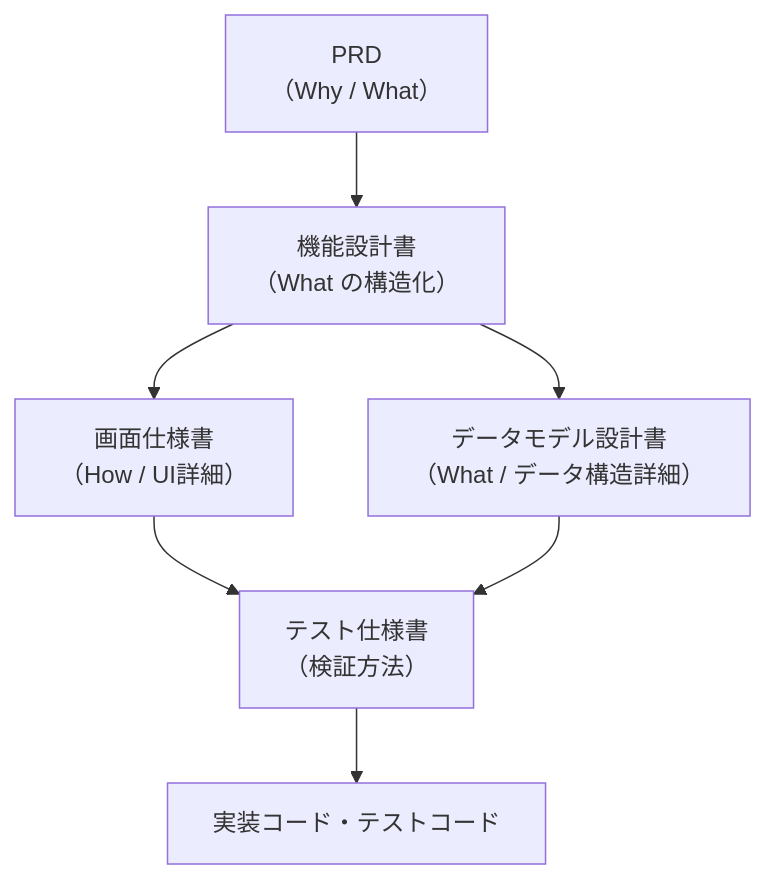
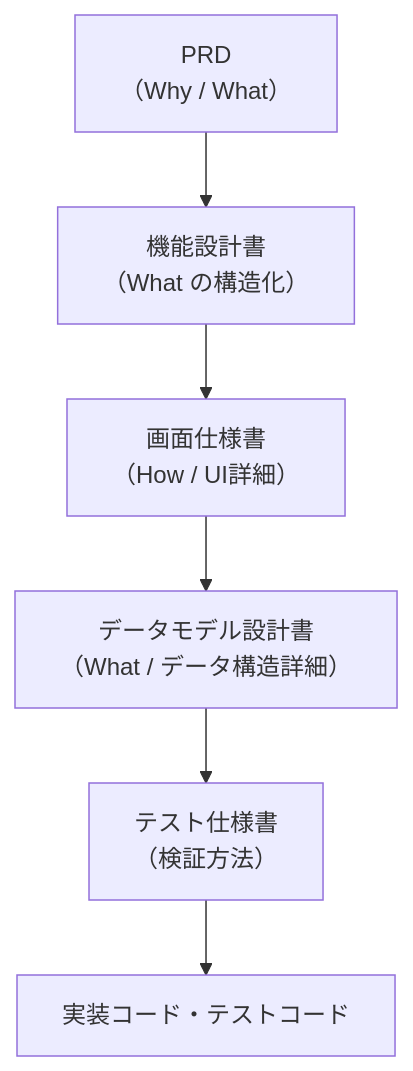
Before and after one commit to nishio-n0522/test_updated_sdd: the diagram in .claude/docs/spec-driven-development/02-documents.md, drawn with Mermaid. The commit also changed other lines of this file and 8 other files, not shown here.

````diff
--- a/.claude/docs/spec-driven-development/02-documents.md
+++ b/.claude/docs/spec-driven-development/02-documents.md
@@ -15,13 +15,12 @@
 ```mermaid
 flowchart TD
     PRD["PRD\n（Why / What）"]
     FD["機能設計書\n（What の構造化）"]
+    SS["画面仕様書\n（How / UI詳細）"]
     DM["データモデル設計書\n（What / データ構造詳細）"]
-    SS["画面仕様書\n（How / UI詳細）"]
     TS["テスト仕様書\n（検証方法）"]
     CODE["実装コード・テストコード"]
 
     PRD --> FD
-    FD --> SS --> TS --> CODE
-    FD --> DM --> TS
+    FD --> SS --> DM --> TS --> CODE
 ```
````
